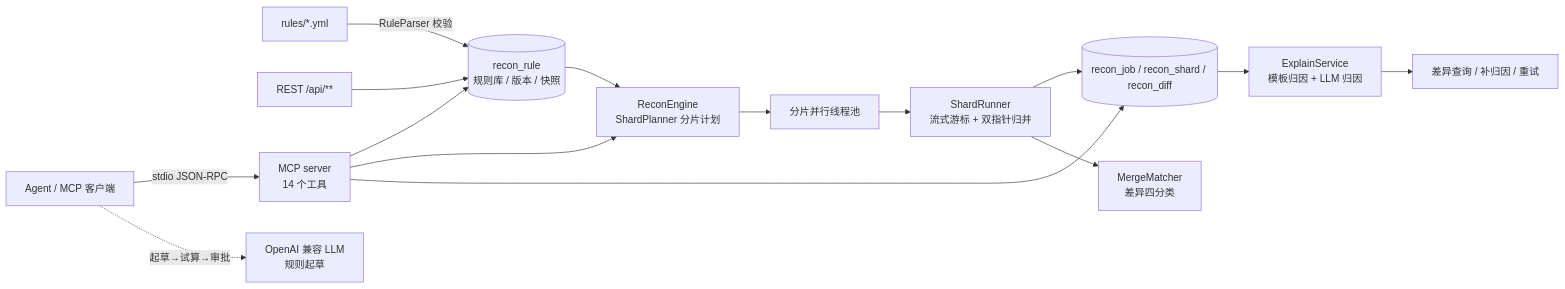
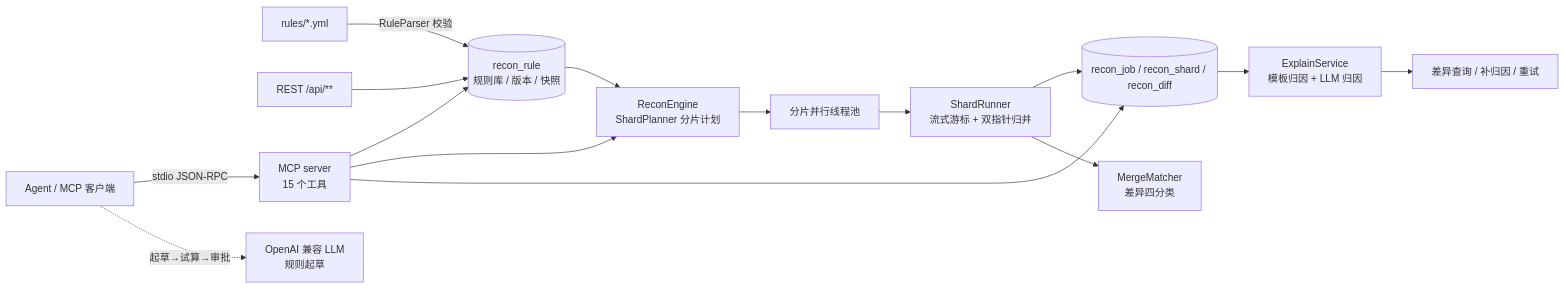
Before and after one commit to Dolo-w/recon-lens: the diagram in README.md, drawn with Mermaid. The commit also changed other lines of this file and 6 other files, not shown here.

````diff
--- a/README.md
+++ b/README.md
@@ -54,17 +54,17 @@
 ```mermaid
 flowchart LR
     R[rules/*.yml] -->|RuleParser 校验| CAT[(recon_rule<br/>规则库 / 版本 / 快照)]
     API[REST /api/**] --> CAT
-    AGENT[Agent / MCP 客户端] -->|stdio JSON-RPC| MCP[MCP server<br/>14 个工具]
+    AGENT[Agent / MCP 客户端] -->|stdio JSON-RPC| MCP[MCP server<br/>15 个工具]
     MCP --> CAT
     MCP --> ENG
     MCP --> DB
     CAT --> ENG[ReconEngine<br/>ShardPlanner 分片计划]
     ENG --> POOL[分片并行线程池]
     POOL --> RUN[ShardRunner<br/>流式游标 + 双指针归并]
     RUN --> DB[(recon_job / recon_shard / recon_diff)]
     RUN --> MM[MergeMatcher<br/>差异四分类]
     DB --> EXP[ExplainService<br/>模板归因 + LLM 归因]
     EXP --> API2[差异查询 / 补归因 / 重试]
     AGENT -.->|起草→试算→审批| LLM[OpenAI 兼容 LLM<br/>规则起草]
 ```
````
